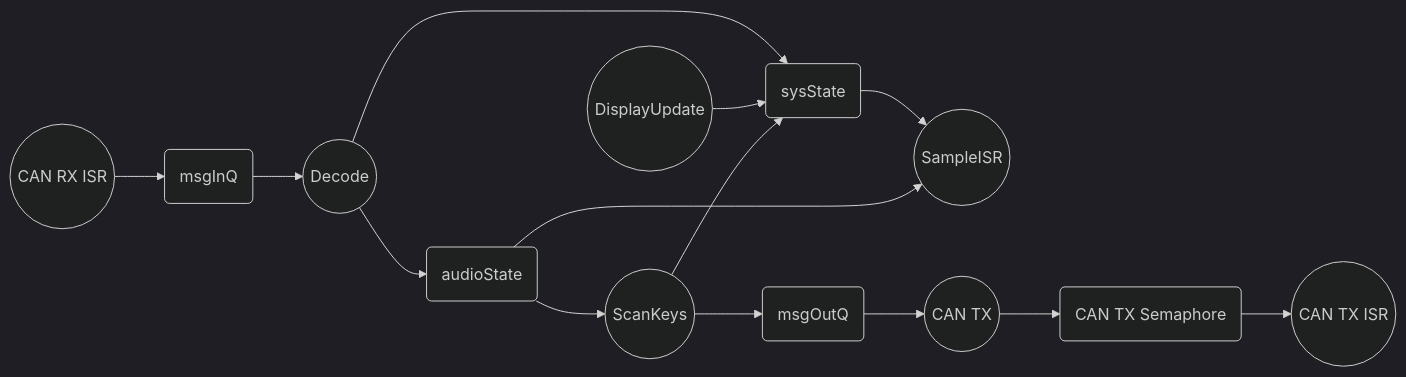
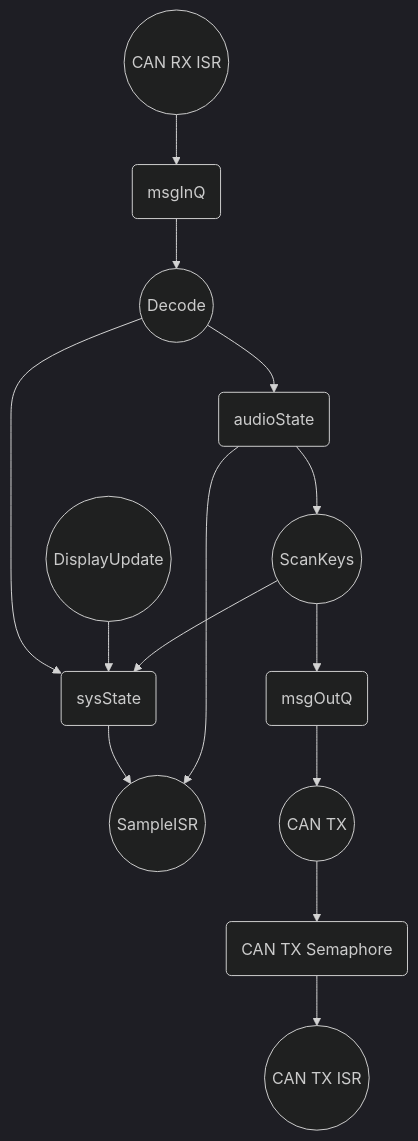
Before and after one commit to githubDill/WeSellYourData-ES-Synth: the diagram in README.md, drawn with Mermaid (dark theme).

````diff
--- a/README.md
+++ b/README.md
@@ -165,34 +165,34 @@
 ```mermaid
-flowchart LR
+flowchart TB
 id1((ScanKeys))
 id2((DisplayUpdate))
 id3((SampleISR))
 id4((Decode))
 id6((CAN TX))
 id12((CAN TX ISR))
 id7((CAN RX ISR))
 id5(audioState)
 id8(sysState)
 id9(msgOutQ)
 id10(msgInQ)
 id11(CAN TX Semaphore)
 id4-->id5
 
 id5-->id1
 id5-->id3
 
 id1-->id8
 id2-->id8
 id4-->id8
 
 id8-->id3
 
 id1-->id9
 id9-->id6
 
 id7-->id10
 id10-->id4
 
 id6-->id11
 id11-->id12
 ```
````
